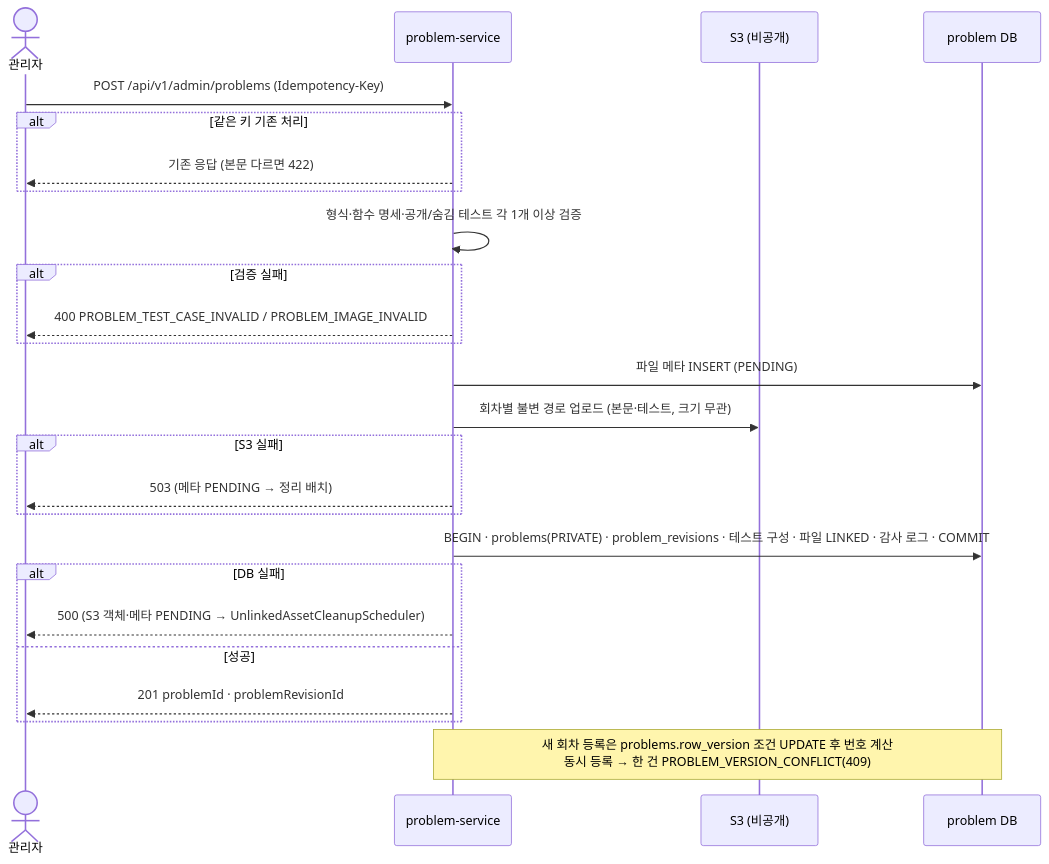
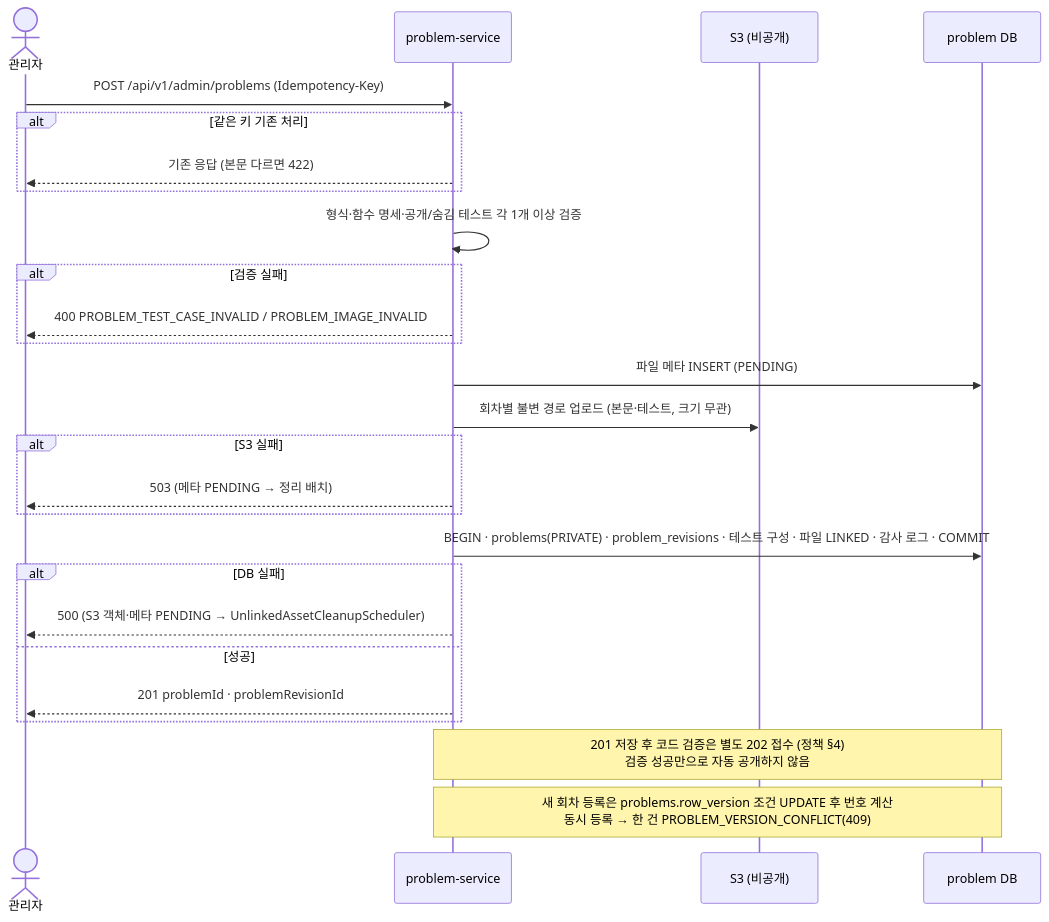
Diagram 15 of 57 in docs/dev/architecture/diagrams.md (Back-To-Back-team-3/re-solve), drawn with Mermaid before and after one commit. The commit also changed other lines of this file and 6 other files, not shown here.

````diff
--- a/docs/dev/architecture/diagrams.md
+++ b/docs/dev/architecture/diagrams.md
@@ -454,27 +456,28 @@
 ```mermaid
 sequenceDiagram
     actor A as 관리자
     participant P as problem-service
     participant S3 as S3 (비공개)
     participant DB as problem DB
     A->>P: POST /api/v1/admin/problems (Idempotency-Key)
     alt 같은 키 기존 처리
         P-->>A: 기존 응답 (본문 다르면 422)
     end
     P->>P: 형식·함수 명세·공개/숨김 테스트 각 1개 이상 검증
     alt 검증 실패
         P-->>A: 400 PROBLEM_TEST_CASE_INVALID / PROBLEM_IMAGE_INVALID
     end
     P->>DB: 파일 메타 INSERT (PENDING)
     P->>S3: 회차별 불변 경로 업로드 (본문·테스트, 크기 무관)
     alt S3 실패
         P-->>A: 503 (메타 PENDING → 정리 배치)
     end
     P->>DB: BEGIN · problems(PRIVATE) · problem_revisions · 테스트 구성 · 파일 LINKED · 감사 로그 · COMMIT
     alt DB 실패
         P-->>A: 500 (S3 객체·메타 PENDING → UnlinkedAssetCleanupScheduler)
     else 성공
         P-->>A: 201 problemId · problemRevisionId
     end
+    Note over P,DB: 201 저장 후 코드 검증은 별도 202 접수 (정책 §4)<br/>검증 성공만으로 자동 공개하지 않음
     Note over P,DB: 새 회차 등록은 problems.row_version 조건 UPDATE 후 번호 계산<br/>동시 등록 → 한 건 PROBLEM_VERSION_CONFLICT(409)
 ```
````
